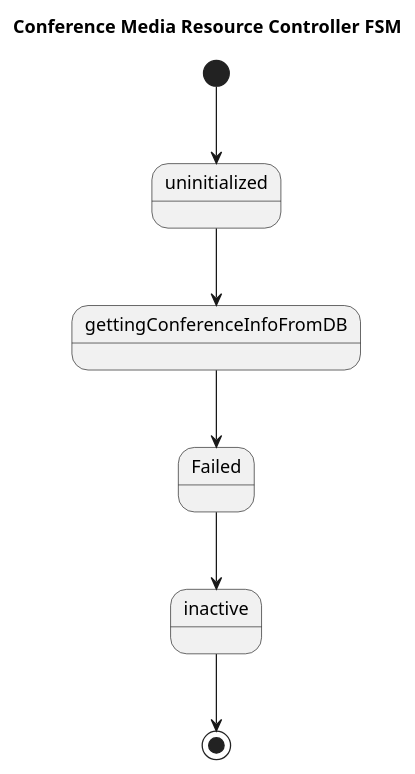
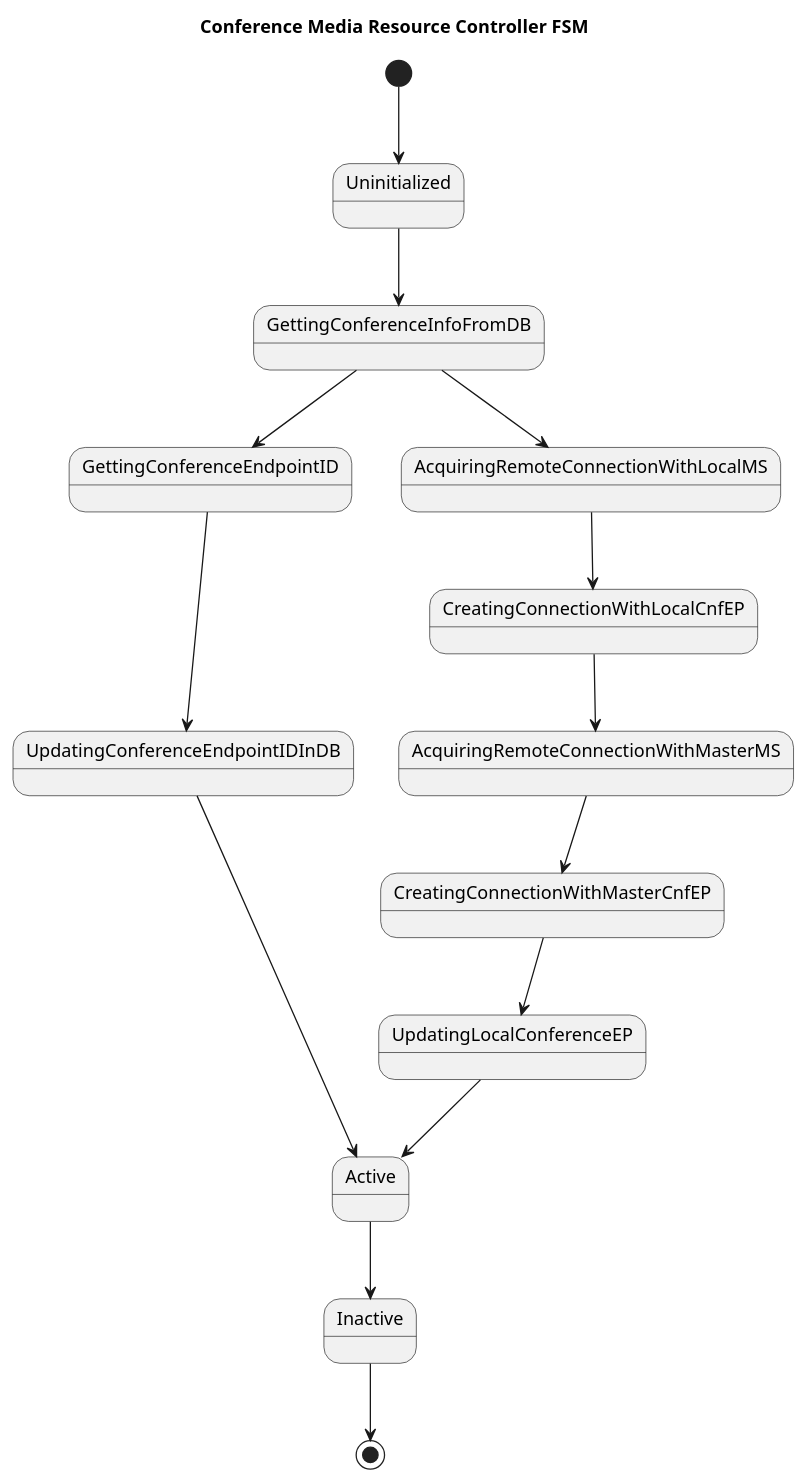
One commit to RestComm/Restcomm-Connect changed the diagram in architecture_diagrams/mscontrol/cascadingconference/cascading-conference-mrb-state-machine.adoc. Above: the diagram before and after it, drawn with PlantUML. The commit also changed 2 other files, not shown here.

Commit message:
new state machine for CMRC #1104

```diff
--- a/architecture_diagrams/mscontrol/cascadingconference/cascading-conference-mrb-state-machine.adoc
+++ b/architecture_diagrams/mscontrol/cascadingconference/cascading-conference-mrb-state-machine.adoc
@@ -1,12 +1,19 @@
 [plantuml, cascading-conference-cmrc-state-machine, svg]     
 ....
 title Conference Media Resource Controller FSM
 
-[*] -->uninitialized
-uninitialized-->gettingConferenceInfoFromDB
+[*] -->Uninitialized
+Uninitialized-->GettingConferenceInfoFromDB
+GettingConferenceInfoFromDB-->GettingConferenceEndpointID
+GettingConferenceEndpointID--> UpdatingConferenceEndpointIDInDB
+UpdatingConferenceEndpointIDInDB-->Active
 
-
-gettingConferenceInfoFromDB-->Failed
-Failed-->inactive
-inactive-->[*]
+GettingConferenceInfoFromDB-->AcquiringRemoteConnectionWithLocalMS
+AcquiringRemoteConnectionWithLocalMS-->CreatingConnectionWithLocalCnfEP
+CreatingConnectionWithLocalCnfEP-->AcquiringRemoteConnectionWithMasterMS
+AcquiringRemoteConnectionWithMasterMS-->CreatingConnectionWithMasterCnfEP
+CreatingConnectionWithMasterCnfEP-->UpdatingLocalConferenceEP
+UpdatingLocalConferenceEP-->Active
+Active-->Inactive
+Inactive-->[*]
 ....
```
